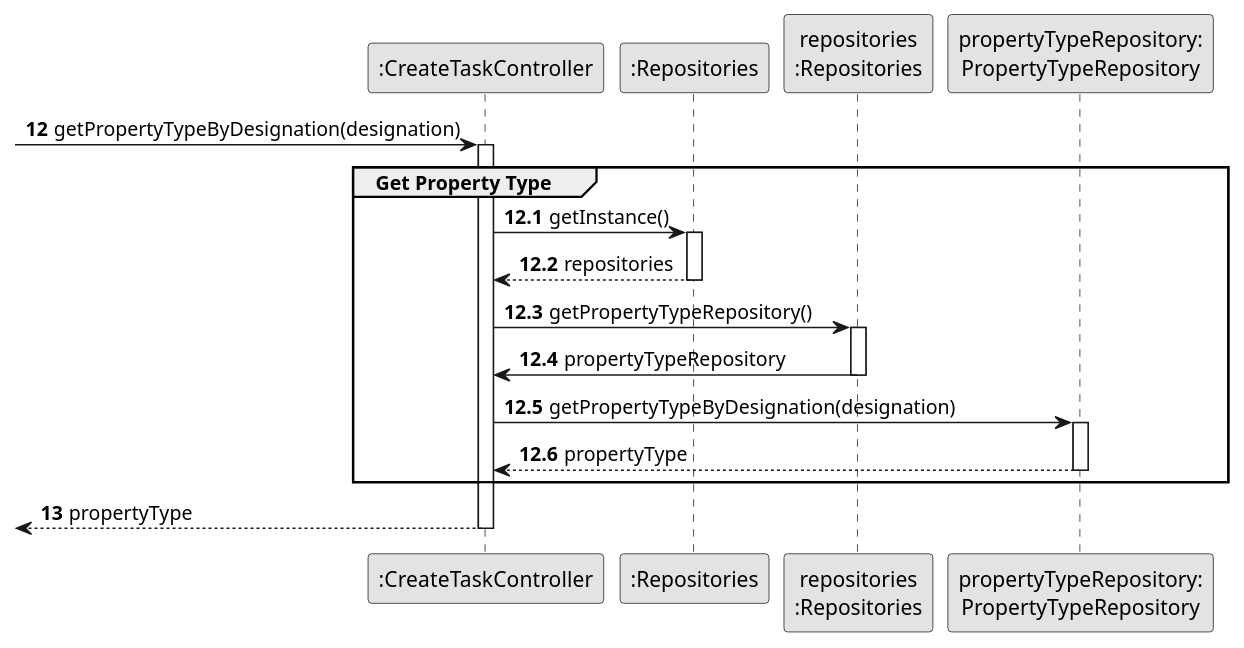
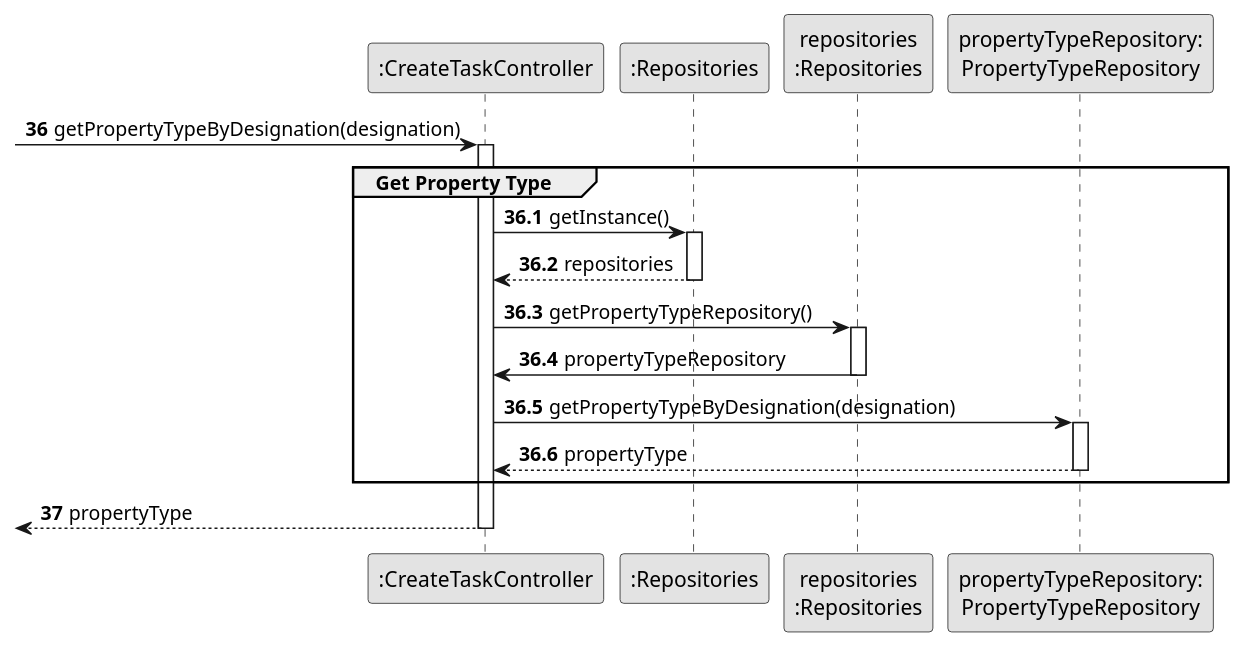
The diagram in docs/sprintB/us002/03.design/puml/us002-sequence-diagram-partial-get-property-type.puml (rita-barbosa/LAPR2-2223), drawn with PlantUML before and after one commit. The commit also changed 8 other files, not shown here.

Commit message:
Update of sequence diagrams [US002][Design]

```diff
--- a/docs/sprintB/us002/03.design/puml/us002-sequence-diagram-partial-get-property-type.puml
+++ b/docs/sprintB/us002/03.design/puml/us002-sequence-diagram-partial-get-property-type.puml
@@ -1,44 +1,44 @@
 @startuml
 skinparam monochrome true
 skinparam packageStyle rectangle
 skinparam shadowing false
 
 participant ":CreateTaskController" as CTRL
 participant ":Repositories" as RepositorySingleton
 participant "repositories\n:Repositories" as PLAT
 participant "propertyTypeRepository:\nPropertyTypeRepository" as PropertyTypeRepository
 
-autonumber 12
+autonumber 36
 -> CTRL : getPropertyTypeByDesignation(designation)
 
-autonumber 12.1
+autonumber 36.1
 
 activate CTRL
     group Get Property Type
         CTRL -> RepositorySingleton : getInstance()
         activate RepositorySingleton
 
             RepositorySingleton --> CTRL: repositories
         deactivate RepositorySingleton
 
         CTRL -> PLAT : getPropertyTypeRepository()
         activate PLAT
 
             PLAT -> CTRL : propertyTypeRepository
         deactivate PLAT
 
         CTRL -> PropertyTypeRepository : getPropertyTypeByDesignation(designation)
         activate PropertyTypeRepository
 
         PropertyTypeRepository --> CTRL : propertyType
         deactivate PropertyTypeRepository
 
     end group
 
-    autonumber 13
+    autonumber 37
     <-- CTRL : propertyType
 
 deactivate CTRL
 
 
 @enduml
```
